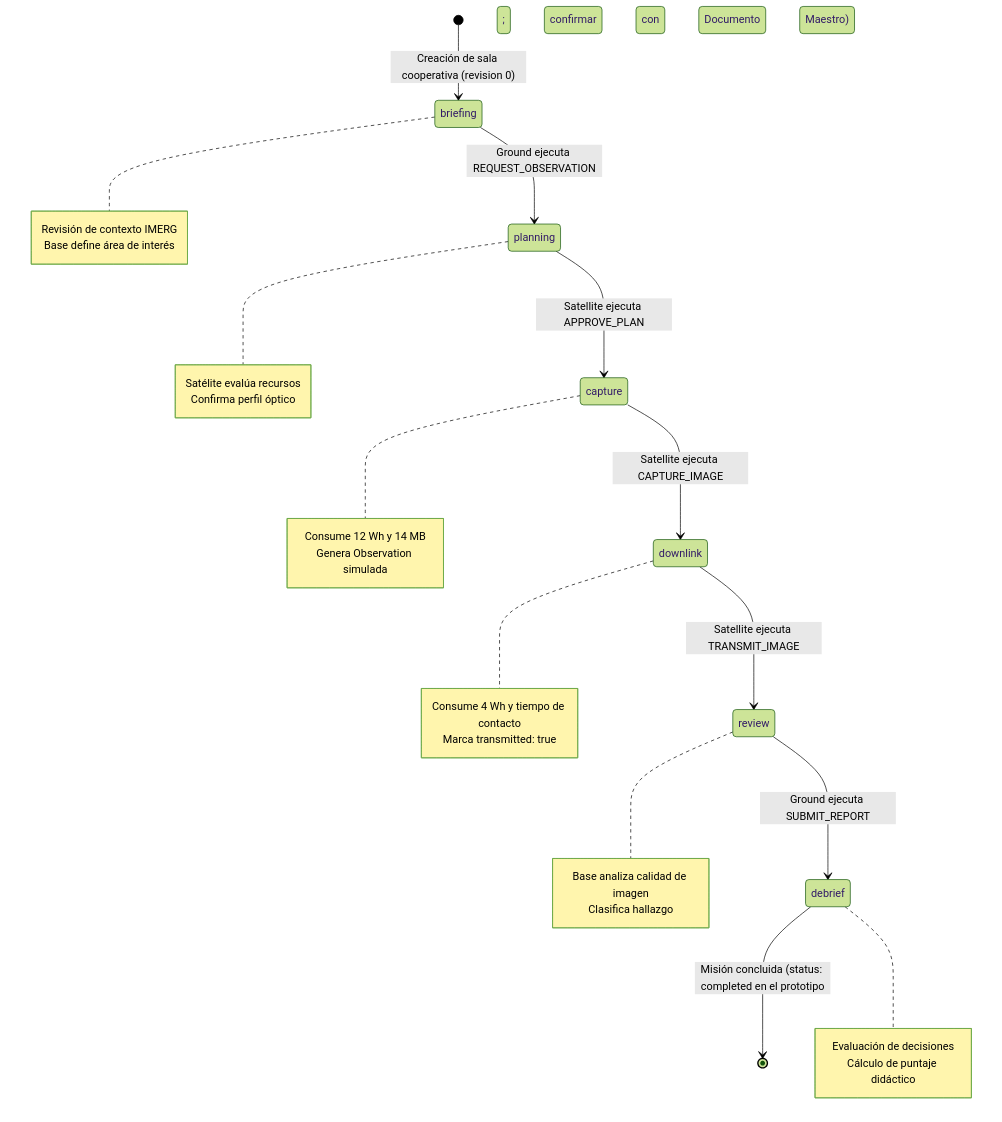
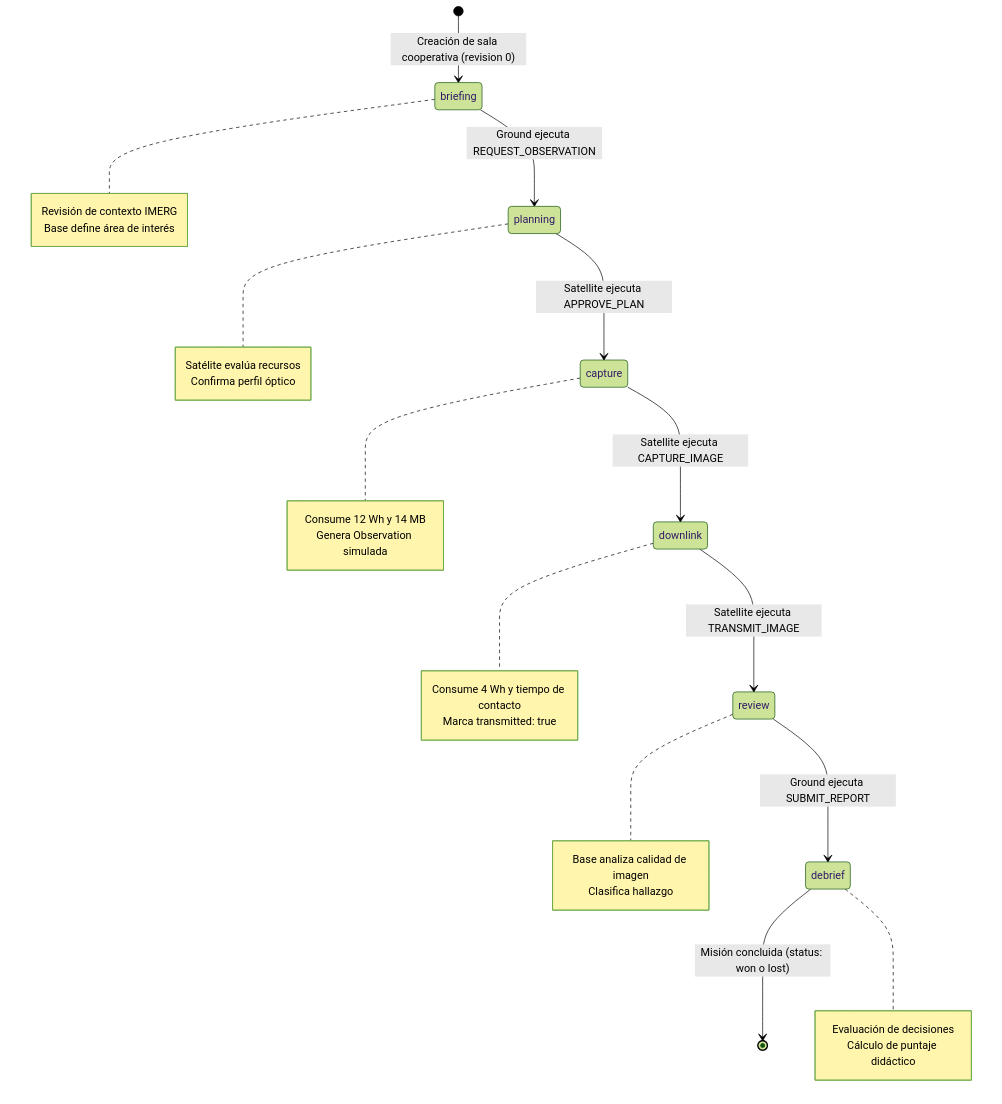
Before and after one commit to FrankDaniel-322/PeruSat: the second of 2 diagrams in docs/integration/TECHNICAL_FLOW.md, drawn with Mermaid (forest theme). The commit also changed 11 other files, not shown here.

````diff
--- a/docs/integration/TECHNICAL_FLOW.md
+++ b/docs/integration/TECHNICAL_FLOW.md
@@ -57,40 +57,40 @@
 ```mermaid
 stateDiagram-v2
     [*] --> briefing: Creación de sala cooperativa (revision 0)
 
     briefing --> planning: Ground ejecuta REQUEST_OBSERVATION
     note right of briefing
       Revisión de contexto IMERG
       Base define área de interés
     end note
 
     planning --> capture: Satellite ejecuta APPROVE_PLAN
     note right of planning
       Satélite evalúa recursos
       Confirma perfil óptico
     end note
 
     capture --> downlink: Satellite ejecuta CAPTURE_IMAGE
     note right of capture
       Consume 12 Wh y 14 MB
       Genera Observation simulada
     end note
 
     downlink --> review: Satellite ejecuta TRANSMIT_IMAGE
     note right of downlink
       Consume 4 Wh y tiempo de contacto
       Marca transmitted: true
     end note
 
     review --> debrief: Ground ejecuta SUBMIT_REPORT
     note right of review
       Base analiza calidad de imagen
       Clasifica hallazgo
     end note
 
-    debrief --> [*]: Misión concluida (status: completed en el prototipo; confirmar con Documento Maestro)
+    debrief --> [*]: Misión concluida (status: won o lost)
     note right of debrief
       Evaluación de decisiones
       Cálculo de puntaje didáctico
     end note
 ```
````
